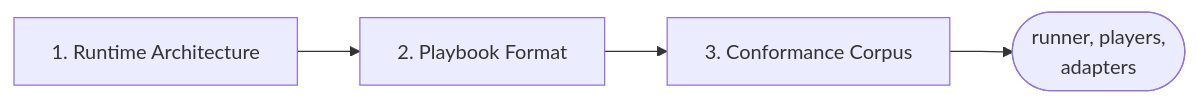
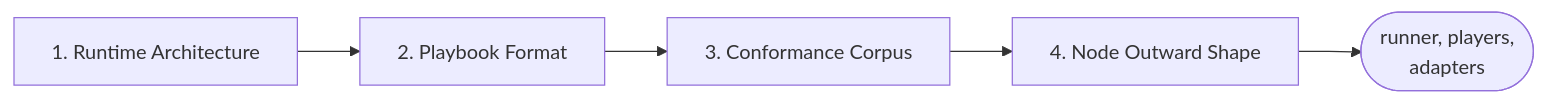
The second of 4 diagrams in docs/contributing/design-notes/README.md (pengzhengyi/dialoguedown), drawn with Mermaid before and after one commit. The commit also changed other lines of this file and 20 other files, not shown here.

First line of the commit message:
feat(playbook): a node's ways out have a shape the reader enforces (C2 of #394) (#417)

````diff
--- a/docs/contributing/design-notes/README.md
+++ b/docs/contributing/design-notes/README.md
@@ -99,6 +99,7 @@
 ```mermaid
 flowchart LR
     RA["1. Runtime Architecture"] --> PF["2. Playbook Format"]
     PF --> CC["3. Conformance Corpus"]
-    CC --> RUN(["runner, players,<br/>adapters"])
+    CC --> NOS["4. Node Outward Shape"]
+    NOS --> RUN(["runner, players,<br/>adapters"])
 ```
````
